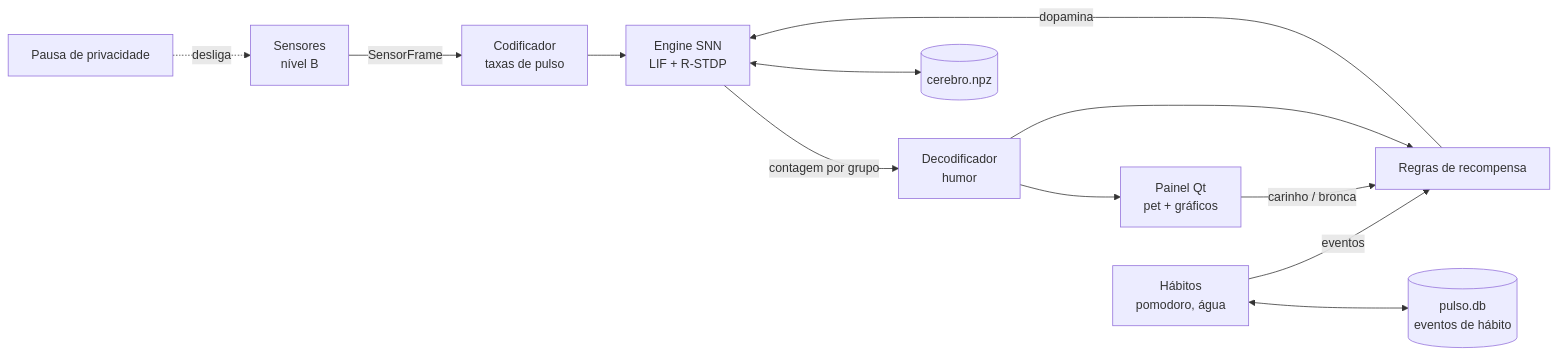
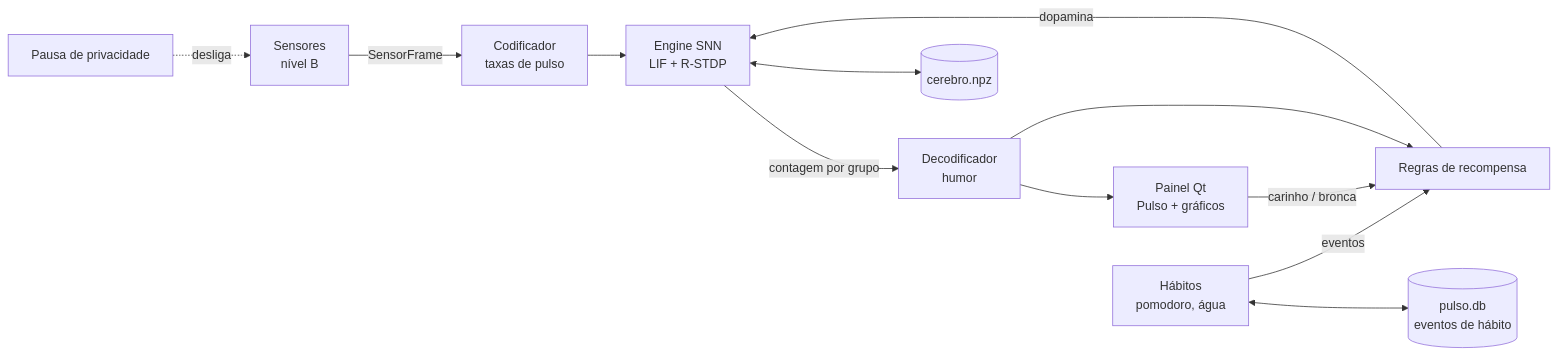
Before and after one commit to AndreiBataglia/pulso: the diagram in docs/02-trd.md, drawn with Mermaid. The commit also changed other lines of this file and 22 other files, not shown here.

First line of the commit message:
docs: "pet" vira "Pulso" (companheiro) e limpeza de frases antigas

````diff
--- a/docs/02-trd.md
+++ b/docs/02-trd.md
@@ -19,14 +19,14 @@
 ```mermaid
 flowchart LR
     S[Sensores<br/>nível B] -->|SensorFrame| E[Codificador<br/>taxas de pulso]
     E --> M[Engine SNN<br/>LIF + R-STDP]
     M -->|contagem por grupo| D[Decodificador<br/>humor]
-    D --> UI[Painel Qt<br/>pet + gráficos]
+    D --> UI[Painel Qt<br/>Pulso + gráficos]
     H[Hábitos<br/>pomodoro, água] -->|eventos| R[Regras de recompensa]
     UI -->|carinho / bronca| R
     D --> R
     R -->|dopamina| M
     M <--> B[(cerebro.npz)]
     H <--> DB[(pulso.db<br/>eventos de hábito)]
     P[Pausa de privacidade] -. desliga .-> S
 ```
````
